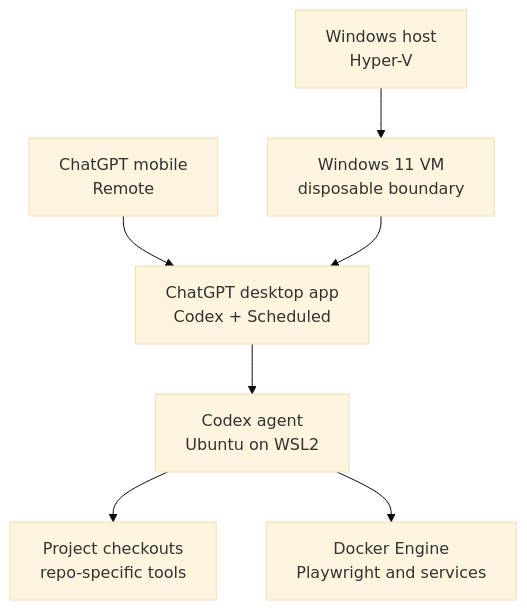
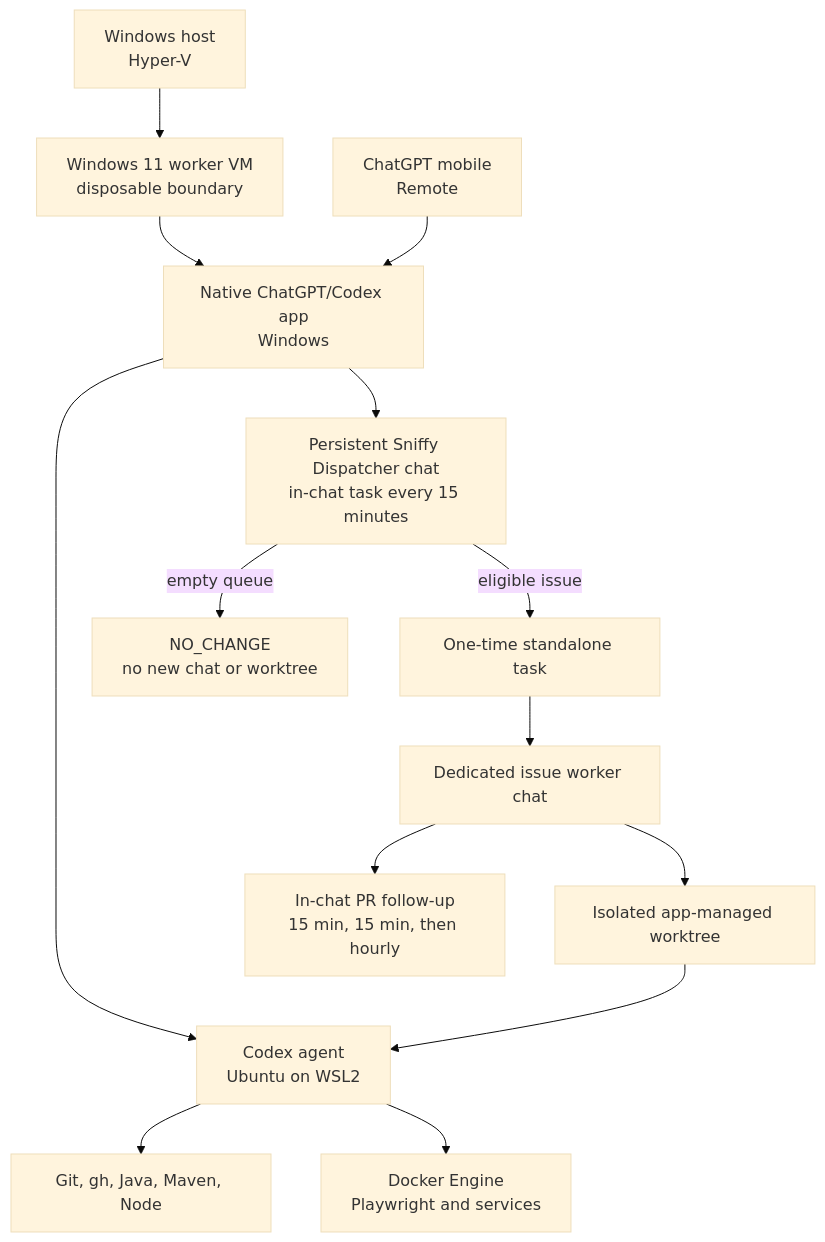
The diagram in docs/local-codex-worker.md (sniffy/sniffy), drawn with Mermaid (base theme) before and after one commit. The commit also changed other lines of this file, not shown here.

Commit message:
Update the local Codex worker topology

````diff
--- a/docs/local-codex-worker.md
+++ b/docs/local-codex-worker.md
@@ -12,9 +12,16 @@
 ```mermaid
 flowchart TD
-    Host["Windows host<br/>Hyper-V"] --> VM["Windows 11 VM<br/>disposable boundary"]
-    Phone["ChatGPT mobile<br/>Remote"] --> App["ChatGPT desktop app<br/>Codex + Scheduled"]
-    VM --> App
+    Host["Windows host<br/>Hyper-V"] --> VM["Windows 11 worker VM<br/>disposable boundary"]
+    VM --> App["Native ChatGPT/Codex app<br/>Windows"]
+    Phone["ChatGPT mobile<br/>Remote"] --> App
+    App --> Dispatcher["Persistent Sniffy Dispatcher chat<br/>in-chat task every 15 minutes"]
+    Dispatcher -->|"eligible issue"| WorkerTask["One-time standalone task"]
+    WorkerTask --> WorkerChat["Dedicated issue worker chat"]
+    WorkerChat --> Worktree["Isolated app-managed worktree"]
+    Dispatcher -->|"empty queue"| NoOp["NO_CHANGE<br/>no new chat or worktree"]
     App --> WSL["Codex agent<br/>Ubuntu on WSL2"]
-    WSL --> Repo["Project checkouts<br/>repo-specific tools"]
+    Worktree --> WSL
+    WSL --> Repo["Git, gh, Java, Maven, Node"]
     WSL --> Docker["Docker Engine<br/>Playwright and services"]
+    WorkerChat --> FollowUp["In-chat PR follow-up<br/>15 min, 15 min, then hourly"]
 ```
````
